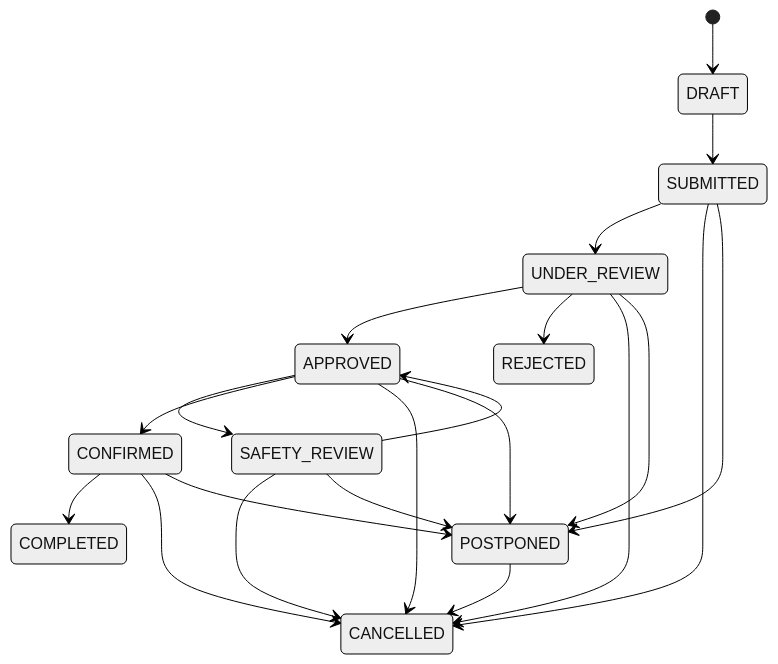
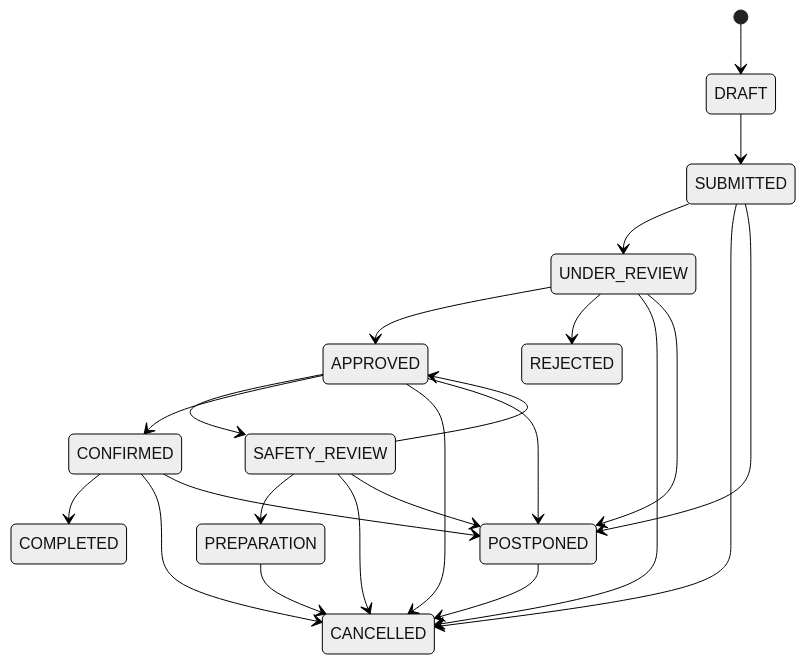
Before and after one commit to leecfryan/SPMG5-ConnectSphere-: the diagram in docs/event-requests.md, drawn with Mermaid (neutral theme). The commit also changed other lines of this file and 39 other files, not shown here.

````diff
--- a/docs/event-requests.md
+++ b/docs/event-requests.md
@@ -104,23 +105,25 @@
 ```mermaid
 stateDiagram-v2
     [*] --> DRAFT
     DRAFT --> SUBMITTED
     SUBMITTED --> UNDER_REVIEW
     UNDER_REVIEW --> APPROVED
     UNDER_REVIEW --> REJECTED
     APPROVED --> SAFETY_REVIEW
     SAFETY_REVIEW --> APPROVED
+    SAFETY_REVIEW --> PREPARATION
     APPROVED --> CONFIRMED
     CONFIRMED --> COMPLETED
     SUBMITTED --> CANCELLED
     UNDER_REVIEW --> CANCELLED
     APPROVED --> CANCELLED
     SAFETY_REVIEW --> CANCELLED
     CONFIRMED --> CANCELLED
+    PREPARATION --> CANCELLED
     SUBMITTED --> POSTPONED
     UNDER_REVIEW --> POSTPONED
     APPROVED --> POSTPONED
     SAFETY_REVIEW --> POSTPONED
     CONFIRMED --> POSTPONED
     POSTPONED --> CANCELLED
 ```
````
